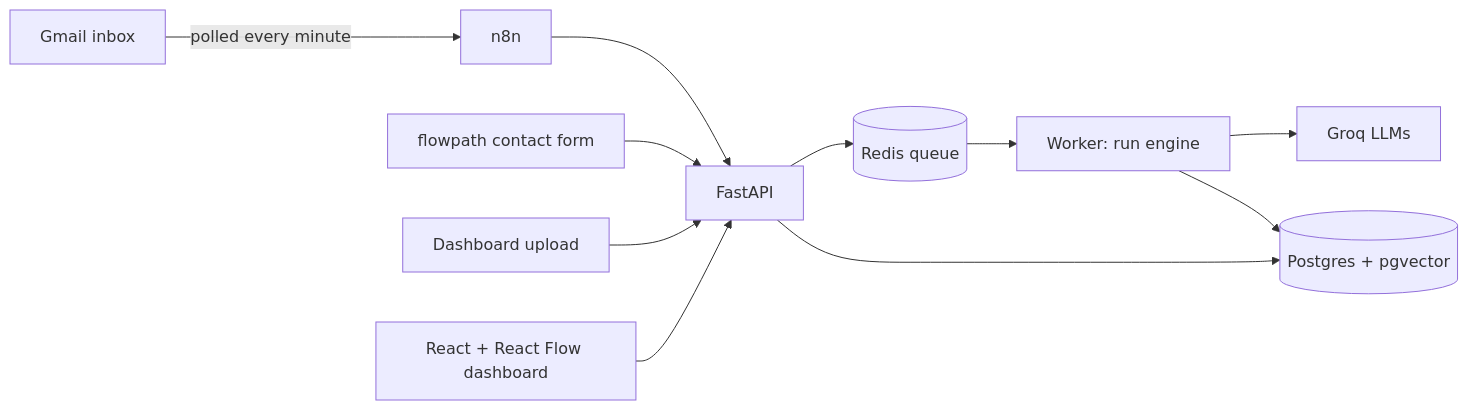
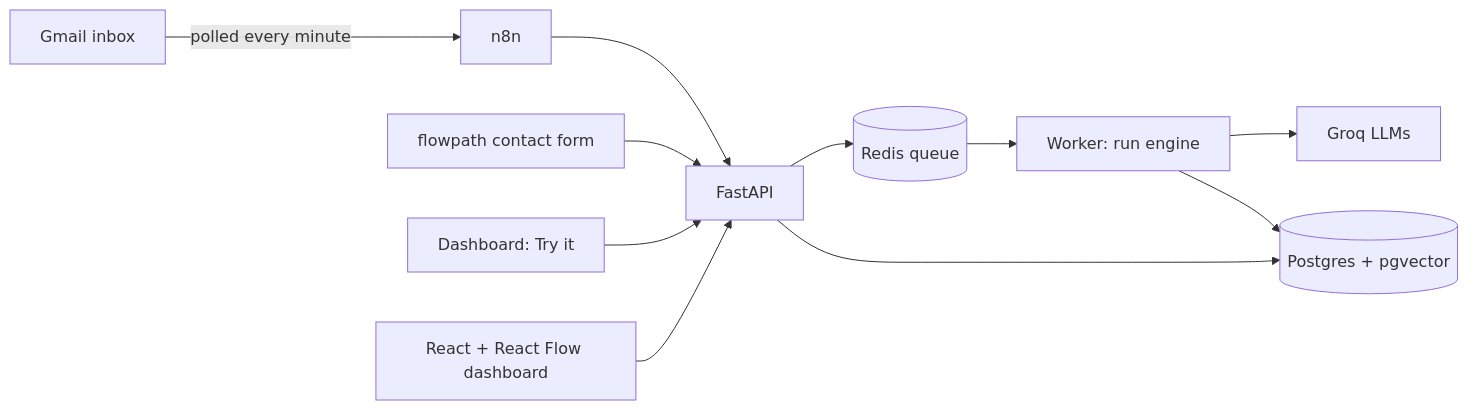
One commit to aqsak-dev99/autohub changed the diagram in README.md. Above: the diagram before and after it, drawn with Mermaid. The commit also changed other lines of this file and 21 other files, not shown here.

````diff
--- a/README.md
+++ b/README.md
@@ -14,13 +13,13 @@
 ```mermaid
 flowchart LR
     MAIL[Gmail inbox] -->|polled every minute| N8N[n8n]
     N8N --> API[FastAPI]
     FORM[flowpath contact form] --> API
-    UP[Dashboard upload] --> API
+    DASHT[Dashboard: Try it] --> API
     API --> Q[(Redis queue)]
     Q --> W[Worker: run engine]
     W --> G[Groq LLMs]
     W --> DB[(Postgres + pgvector)]
     API --> DB
     DASH[React + React Flow dashboard] --> API
 ```
````
